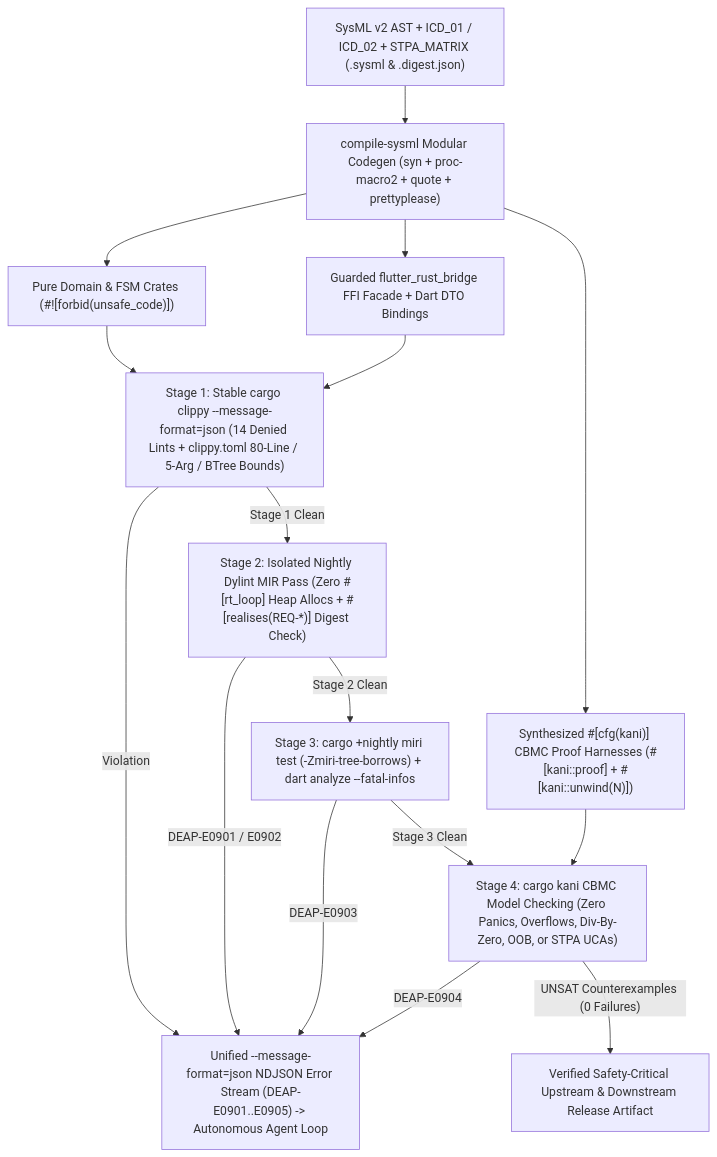
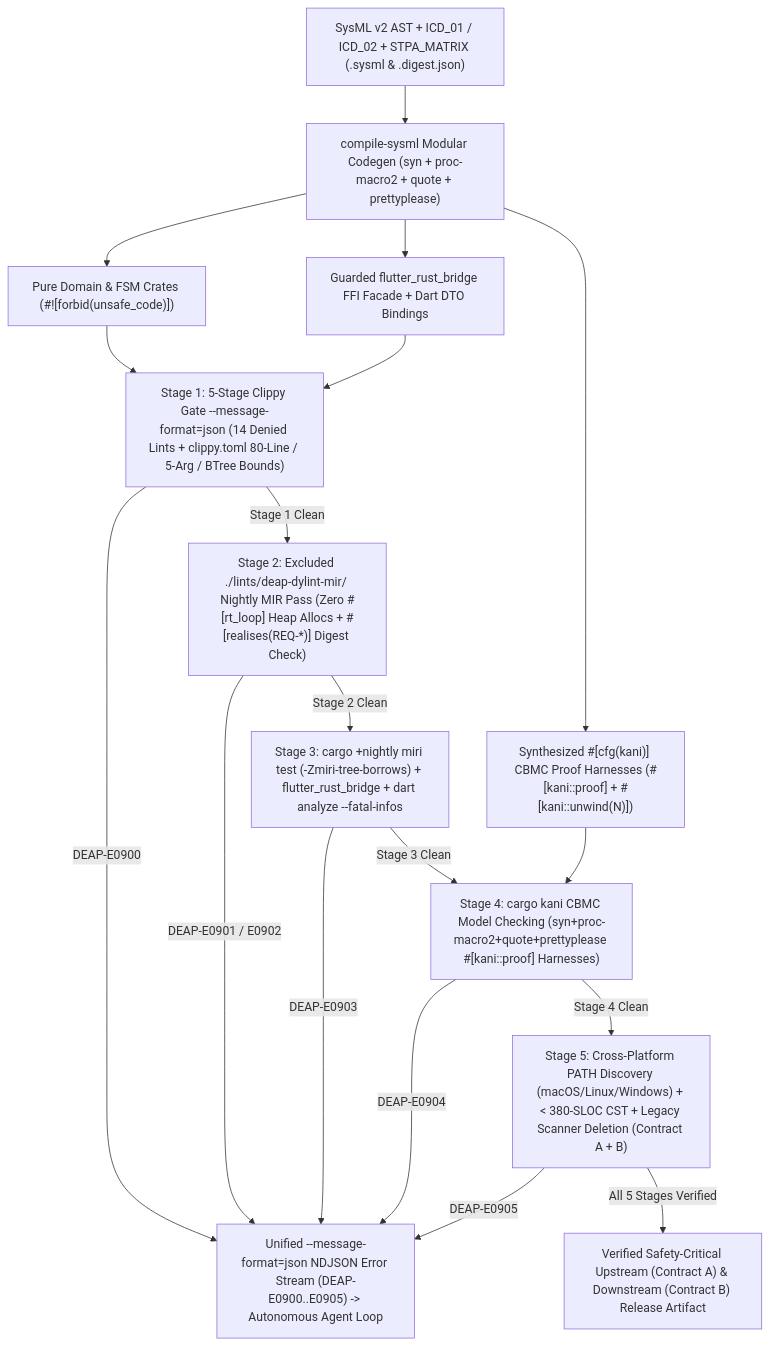
The third of 4 diagrams in docs/designs/blueprint-09-clippy-dylint-miri-kani-formal-verification-gate.md (gintatkinson/DEAP01-spec-core), drawn with Mermaid before and after one commit. The commit also changed other lines of this file and 29 other files, not shown here.

````diff
--- a/docs/designs/blueprint-09-clippy-dylint-miri-kani-formal-verification-gate.md
+++ b/docs/designs/blueprint-09-clippy-dylint-miri-kani-formal-verification-gate.md
@@ -171,18 +172,20 @@
 ```mermaid
 flowchart TD
     A["SysML v2 AST + ICD_01 / ICD_02 + STPA_MATRIX (.sysml & .digest.json)"] --> B["compile-sysml Modular Codegen (syn + proc-macro2 + quote + prettyplease)"]
     B --> C["Pure Domain & FSM Crates (#![forbid(unsafe_code)])"]
     B --> D["Guarded flutter_rust_bridge FFI Facade + Dart DTO Bindings"]
     B --> E["Synthesized #[cfg(kani)] CBMC Proof Harnesses (#[kani::proof] + #[kani::unwind(N)])"]
-    C --> F["Stage 1: Stable cargo clippy --message-format=json (14 Denied Lints + clippy.toml 80-Line / 5-Arg / BTree Bounds)"]
+    C --> F["Stage 1: 5-Stage Clippy Gate --message-format=json (14 Denied Lints + clippy.toml 80-Line / 5-Arg / BTree Bounds)"]
     D --> F
-    F -->|"Stage 1 Clean"| G["Stage 2: Isolated Nightly Dylint MIR Pass (Zero #[rt_loop] Heap Allocs + #[realises(REQ-*)] Digest Check)"]
-    G -->|"Stage 2 Clean"| H["Stage 3: cargo +nightly miri test (-Zmiri-tree-borrows) + dart analyze --fatal-infos"]
-    H -->|"Stage 3 Clean"| I["Stage 4: cargo kani CBMC Model Checking (Zero Panics, Overflows, Div-By-Zero, OOB, or STPA UCAs)"]
+    F -->|"Stage 1 Clean"| G["Stage 2: Excluded ./lints/deap-dylint-mir/ Nightly MIR Pass (Zero #[rt_loop] Heap Allocs + #[realises(REQ-*)] Digest Check)"]
+    G -->|"Stage 2 Clean"| H["Stage 3: cargo +nightly miri test (-Zmiri-tree-borrows) + flutter_rust_bridge + dart analyze --fatal-infos"]
+    H -->|"Stage 3 Clean"| I["Stage 4: cargo kani CBMC Model Checking (syn+proc-macro2+quote+prettyplease #[kani::proof] Harnesses)"]
     E --> I
-    F -->|"Violation"| J["Unified --message-format=json NDJSON Error Stream (DEAP-E0901..E0905) -> Autonomous Agent Loop"]
+    I -->|"Stage 4 Clean"| L["Stage 5: Cross-Platform PATH Discovery (macOS/Linux/Windows) + < 380-SLOC CST + Legacy Scanner Deletion (Contract A + B)"]
+    F -->|"DEAP-E0900"| J["Unified --message-format=json NDJSON Error Stream (DEAP-E0900..E0905) -> Autonomous Agent Loop"]
     G -->|"DEAP-E0901 / E0902"| J
     H -->|"DEAP-E0903"| J
     I -->|"DEAP-E0904"| J
-    I -->|"UNSAT Counterexamples (0 Failures)"| K["Verified Safety-Critical Upstream & Downstream Release Artifact"]
+    L -->|"DEAP-E0905"| J
+    L -->|"All 5 Stages Verified"| K["Verified Safety-Critical Upstream (Contract A) & Downstream (Contract B) Release Artifact"]
 ```
````
